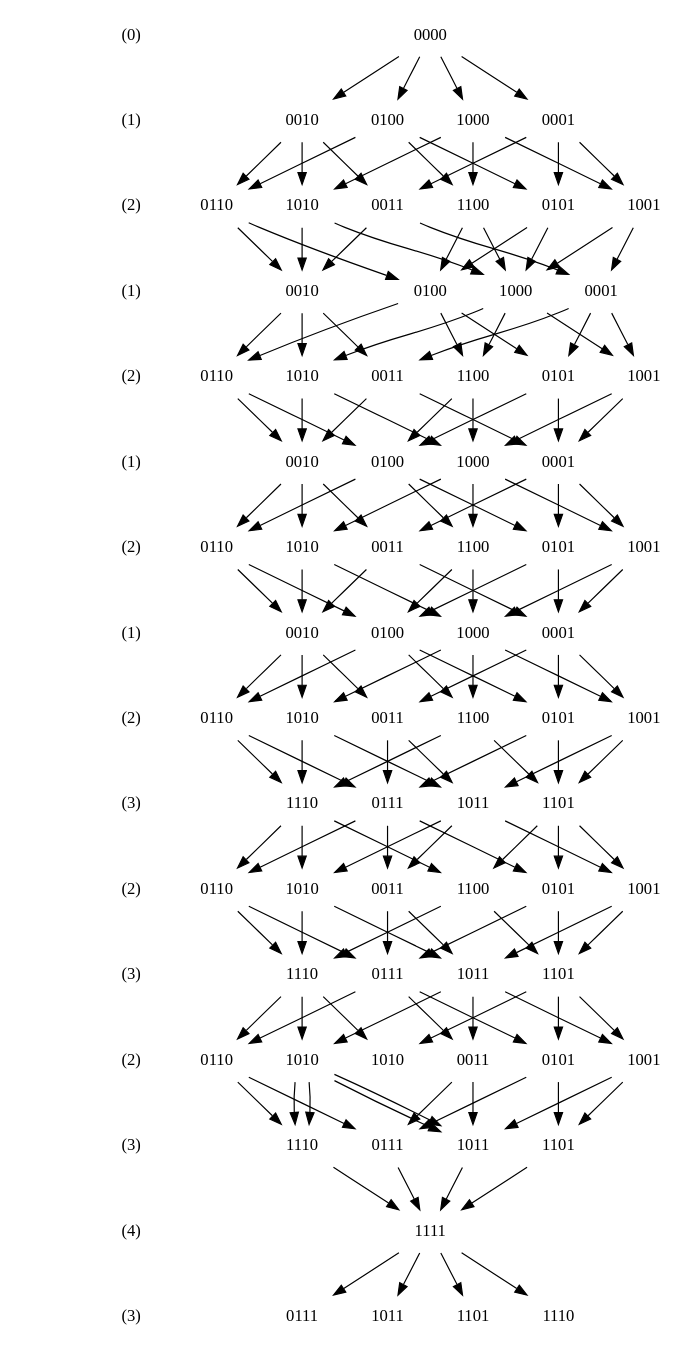
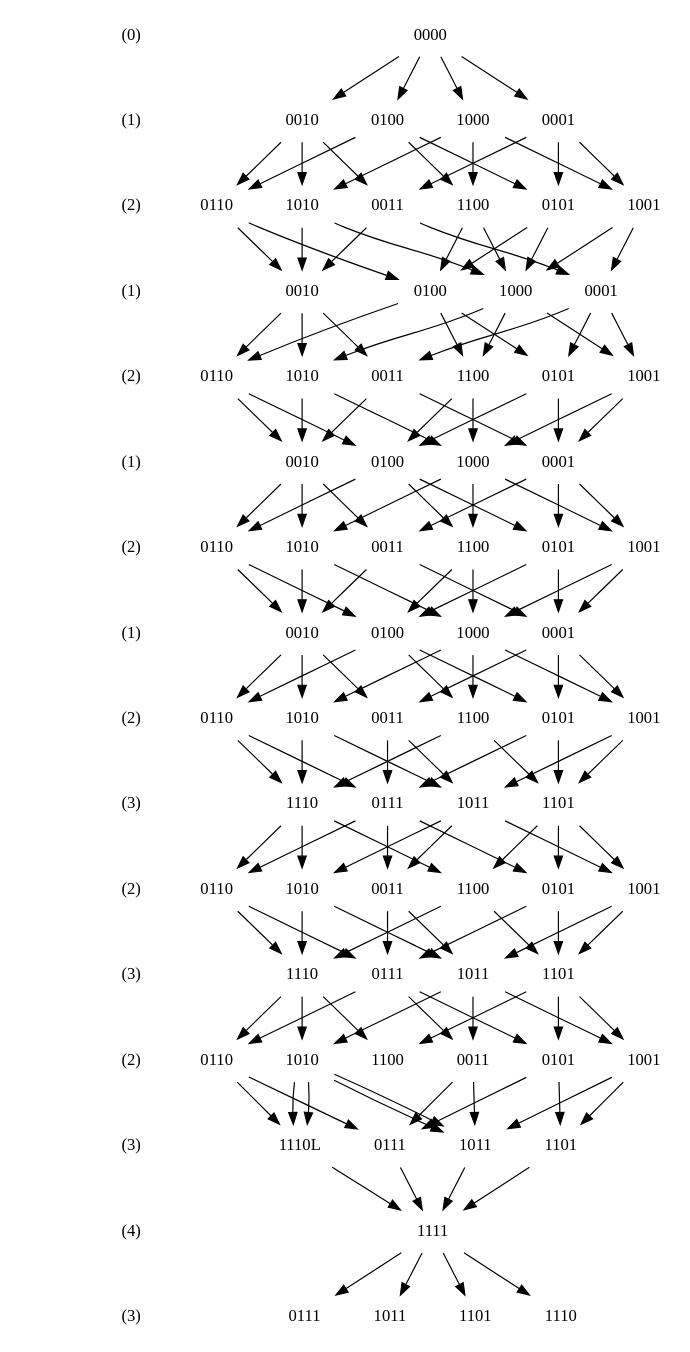
The diagram in optimal_4.dot (jloughry/subset), drawn with Graphviz before and after one commit. The commit also changed 1 other file, not shown here.

```diff
--- a/optimal_4.dot
+++ b/optimal_4.dot
@@ -82,14 +82,6 @@
 		"0010b" [label="0010"];
 		"0001b" [label="0001"];
 		"0100b" [label="0100"];
-		"0001b" [label="0001"];
-		"0100b" [label="0100"];
-		"0010b" [label="0010"];
-		"1000b" [label="1000"];
-		"0001b" [label="0001"];
-		"1000b" [label="1000"];
-		"0010b" [label="0010"];
-		"0100b" [label="0100"];
 		"1000b" [label="1000"];
 	}
 
@@ -103,16 +95,10 @@
 	{rank=same; "rank4" [style=invis];
 		"0011c" [label="0011"];
 		"0101c" [label="0101"];
-		"1001c" [label="1001"];
-		"0011c" [label="0011"];
 		"0110c" [label="0110"];
 		"1010c" [label="1010"];
 		"1001c" [label="1001"];
-		"1010c" [label="1010"];
 		"1100c" [label="1100"];
-		"0011c" [label="0011"];
-		"0101c" [label="0101"];
-		"1001c" [label="1001"];
 	}
 
 	"0001b"->"0011c"; "0001b"->"0101c"; "0001b"->"1001c";
@@ -123,14 +109,6 @@
 	{rank=same; "rank5" [style=invis];
 		"0010d" [label="0010"];
 		"0001d" [label="0001"];
-		"1000d" [label="1000"];
-		"0001d" [label="0001"];
-		"0100d" [label="0100"];
-		"0001d" [label="0001"];
-		"1000d" [label="1000"];
-		"0010d" [label="0010"];
-		"0100d" [label="0100"];
-		"0010d" [label="0010"];
 		"1000d" [label="1000"];
 		"0100d" [label="0100"];
 	}
@@ -148,13 +126,7 @@
 		"0011e" [label="0011"];
 		"1010e" [label="1010"];
 		"0110e" [label="0110"];
-		"0011e" [label="0011"];
-		"1001e" [label="1001"];
-		"1010e" [label="1010"];
 		"1100e" [label="1100"];
-		"1100e" [label="1100"];
-		"0110e" [label="0110"];
-		"0101e" [label="0101"];
 	}
 
 	"0001d"->"1001e"; "0001d"->"0101e"; "0001d"->"0011e";
@@ -165,16 +137,8 @@
 	{rank=same; "rank7" [style=invis];
 		"0001f" [label="0001"];
 		"0010f" [label="0010"];
-		"0001f" [label="0001"];
 		"1000f" [label="1000"];
-		"0001f" [label="0001"];
 		"0100f" [label="0100"];
-		"0010f" [label="0010"];
-		"1000f" [label="1000"];
-		"0010f" [label="0010"];
-		"0100f" [label="0100"];
-		"0100f" [label="0100"];
-		"1000f" [label="1000"];
 	}
 
 	"0011e"->"0001f" "0011e"->"0010f"
@@ -216,14 +180,8 @@
 		"0011i" [label="0011"];
 		"1001i" [label="1001"];
 		"1010i" [label="1010"];
-		"0011i" [label="0011"];
 		"0101i" [label="0101"];
 		"0110i" [label="0110"];
-		"0101i" [label="0101"];
-		"1001i" [label="1001"];
-		"1100i" [label="1100"];
-		"0110i" [label="0110"];
-		"1010i" [label="1010"];
 		"1100i" [label="1100"];
 	}
 
@@ -234,17 +192,9 @@
 
 	{rank=same; "rank11" [style=invis];
 		"1011j" [label="1011"];
-		"0111j"[label="0111"];
+		"0111j" [label="0111"];
 		"1101j" [label="1101"];
-		"1011j"[label="1011"];
 		"1110j" [label="1110"];
-		"1011j"[label="1011"];
-		"1101j" [label="1101"];
-		"0111j"[label="0111"];
-		"1110j" [label="1110"];
-		"0111j"[label="0111"];
-		"1110j" [label="1110"];
-		"1101j"[label="1101"];
 	}
 
 	"0011i"->"1011j"; "0011i"->"0111j";
@@ -258,15 +208,9 @@
 		"0011k" [label="0011"];
 		"1001k" [label="1001"];
 		"1010k" [label="1010"];
-		"0011k" [label="0011"];
 		"0101k" [label="0101"];
-		"0110k" [label="0101"];
-		"0101k" [label="0101"];
-		"1001k" [label="1001"];
-		"1100k" [label="1001"];
 		"0110k" [label="0110"];
-		"1010k" [label="1010"];
-		"1100k" [label="1010"];
+		"1100k" [label="1100"];
 	}
 
 	"1011j"->"0011k"; "1011j"->"1001k"; "1011j"->"1010k";
@@ -278,15 +222,7 @@
 		"1011L" [label="1011"];
 		"0111L" [label="0111"];
 		"1101L" [label="1101"];
-		"1011L" [label="1011"];
-		"1101L" [label="1101"];
 		"0111L" [label="0111"];
-		"1110L" [label="1110"];
-		"1011L" [label="1011"];
-		"1110L" [label="1110"];
-		"0111L" [label="0111"];
-		"1110L" [label="1110"];
-		"1011L" [label="1011"];
 	}
 
 	"0011k"->"1011L"; "0011k"->"0111L";
```
